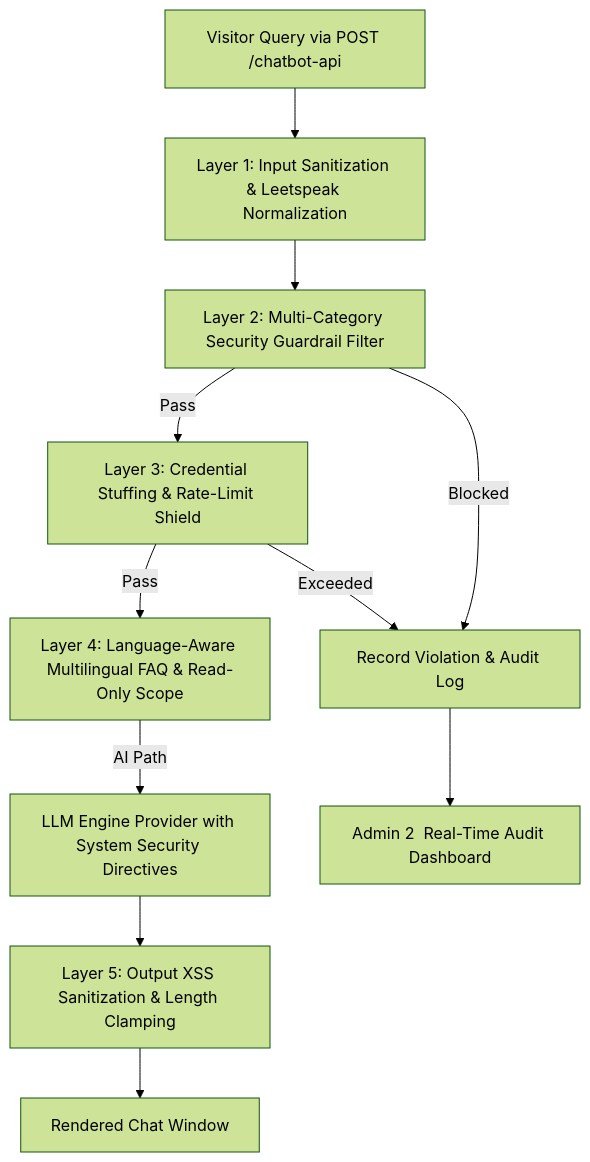
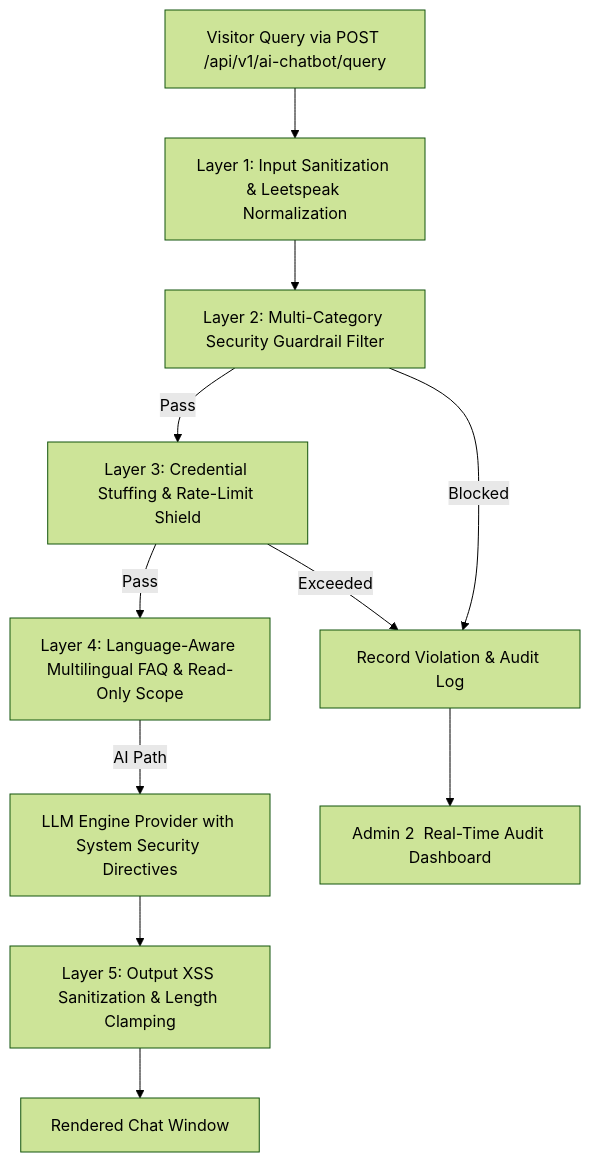
Before and after one commit to milkboyinchina/grav-ai-chatbot: the diagram in SECURITY.md, drawn with Mermaid (forest theme). The commit also changed other lines of this file and 27 other files, not shown here.

````diff
--- a/SECURITY.md
+++ b/SECURITY.md
@@ -42,13 +42,13 @@
 ```mermaid
 graph TD
-    A[Visitor Query via POST /chatbot-api] --> B[Layer 1: Input Sanitization & Leetspeak Normalization]
+    A[Visitor Query via POST /api/v1/ai-chatbot/query] --> B[Layer 1: Input Sanitization & Leetspeak Normalization]
     B --> C[Layer 2: Multi-Category Security Guardrail Filter]
     C -->|Pass| D[Layer 3: Credential Stuffing & Rate-Limit Shield]
     C -->|Blocked| H[Record Violation & Audit Log]
     D -->|Pass| E[Layer 4: Language-Aware Multilingual FAQ & Read-Only Scope]
     D -->|Exceeded| H
     E -->|AI Path| F[LLM Engine Provider with System Security Directives]
     F --> G[Layer 5: Output XSS Sanitization & Length Clamping]
     G --> I[Rendered Chat Window]
     H --> J[Admin 2 <chatbot-security-logs> Real-Time Audit Dashboard]
 ```
````
